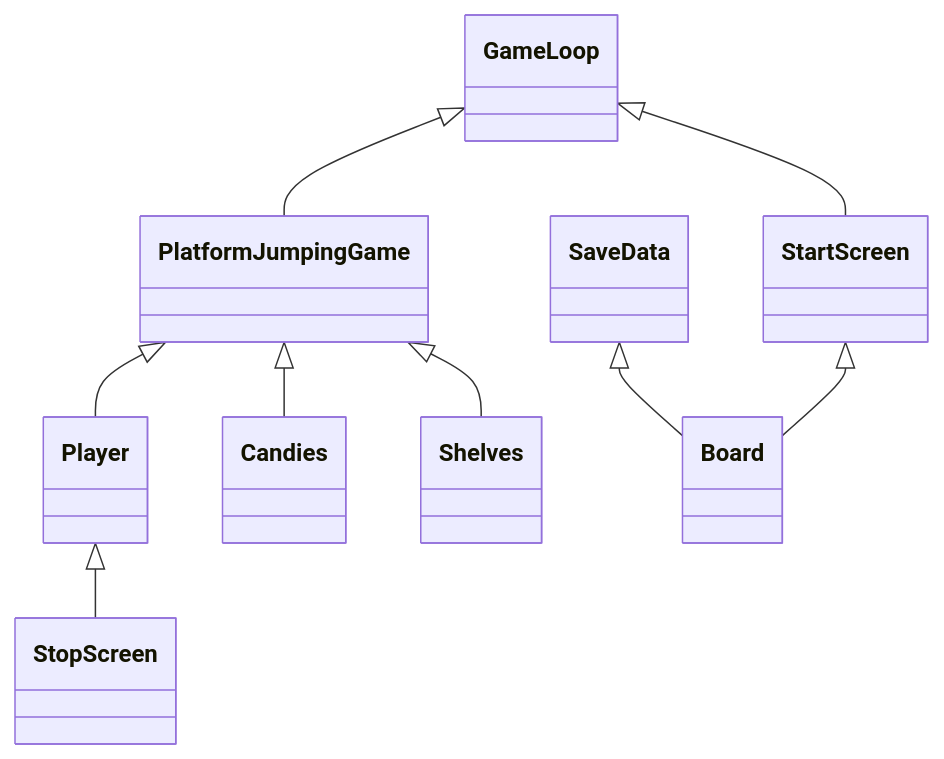
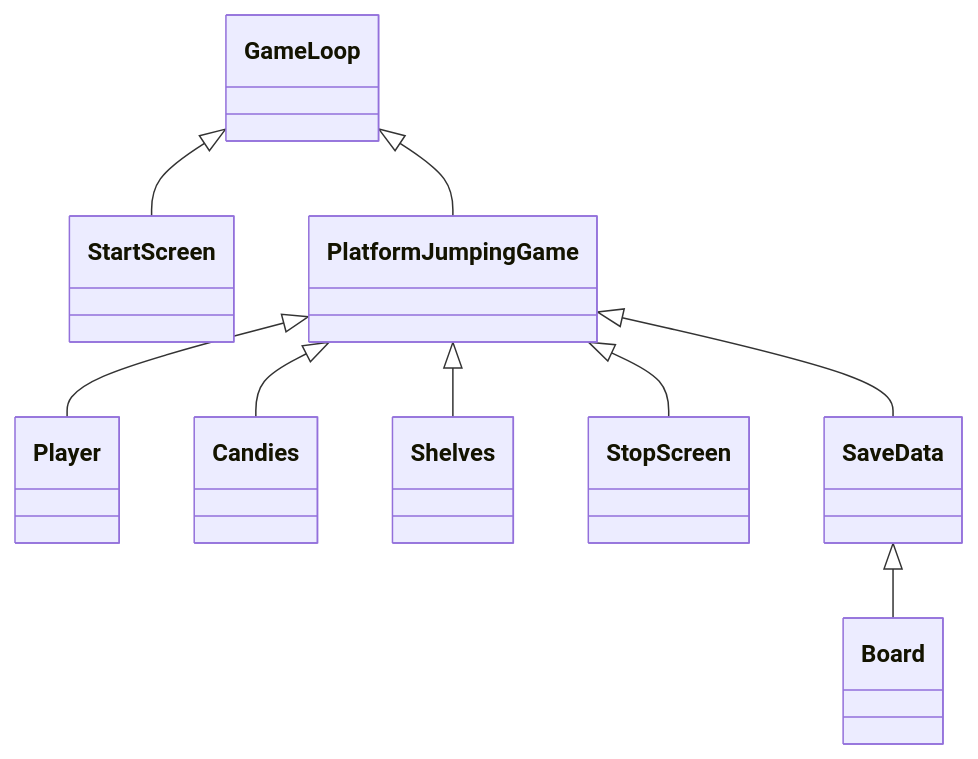
The first of 2 diagrams in dokumentaatio/arkkitehtuuri.md (ElisaMero/ot_harjoitustyo), drawn with Mermaid before and after one commit.

````diff
--- a/dokumentaatio/arkkitehtuuri.md
+++ b/dokumentaatio/arkkitehtuuri.md
@@ -3,12 +3,12 @@
 ```mermaid
 
 classDiagram
   GameLoop <|-- StartScreen
   GameLoop <|-- PlatformJumpingGame
   PlatformJumpingGame <|-- Player
   PlatformJumpingGame <|-- Candies
   PlatformJumpingGame <|-- Shelves
-  Player <|-- StopScreen
+  PlatformJumpingGame <|-- StopScreen
   SaveData <|-- Board
-  StartScreen <|-- Board  
+  PlatformJumpingGame <|-- SaveData  
 ```
````
